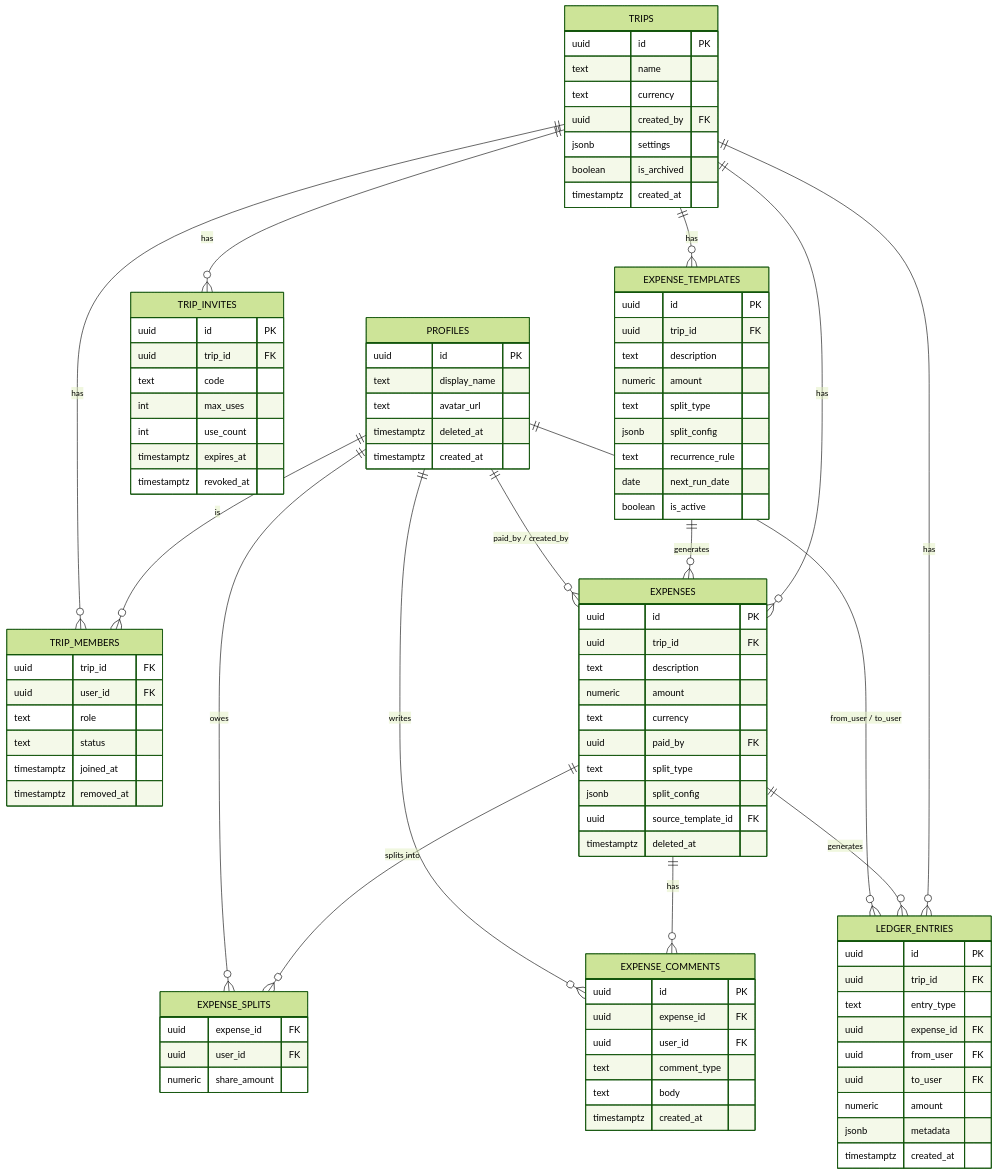
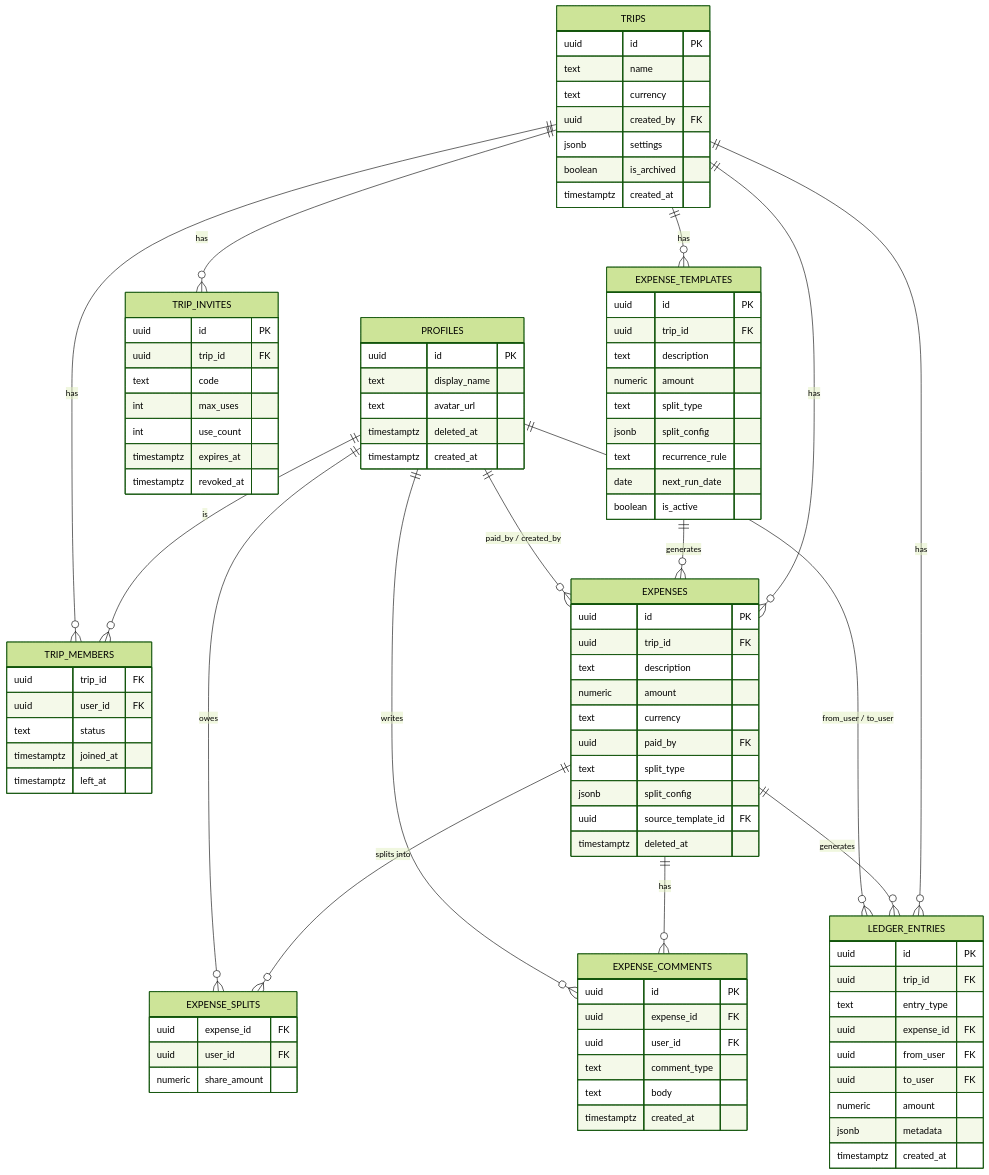
One commit to Amartya-007/Expensio changed the diagram in docs/architecture/expensio-data-model.md. Above: the diagram before and after it, drawn with Mermaid (forest theme). The commit also changed other lines of this file and 2 other files, not shown here.

First line of the commit message:
Flat Splitwise-style permission model: drop owner role entirely

```diff
--- a/docs/architecture/expensio-data-model.md
+++ b/docs/architecture/expensio-data-model.md
@@ -41,10 +41,9 @@
     TRIP_MEMBERS {
         uuid trip_id FK
         uuid user_id FK
-        text role
         text status
         timestamptz joined_at
-        timestamptz removed_at
+        timestamptz left_at
     }
     TRIP_INVITES {
         uuid id PK
```
